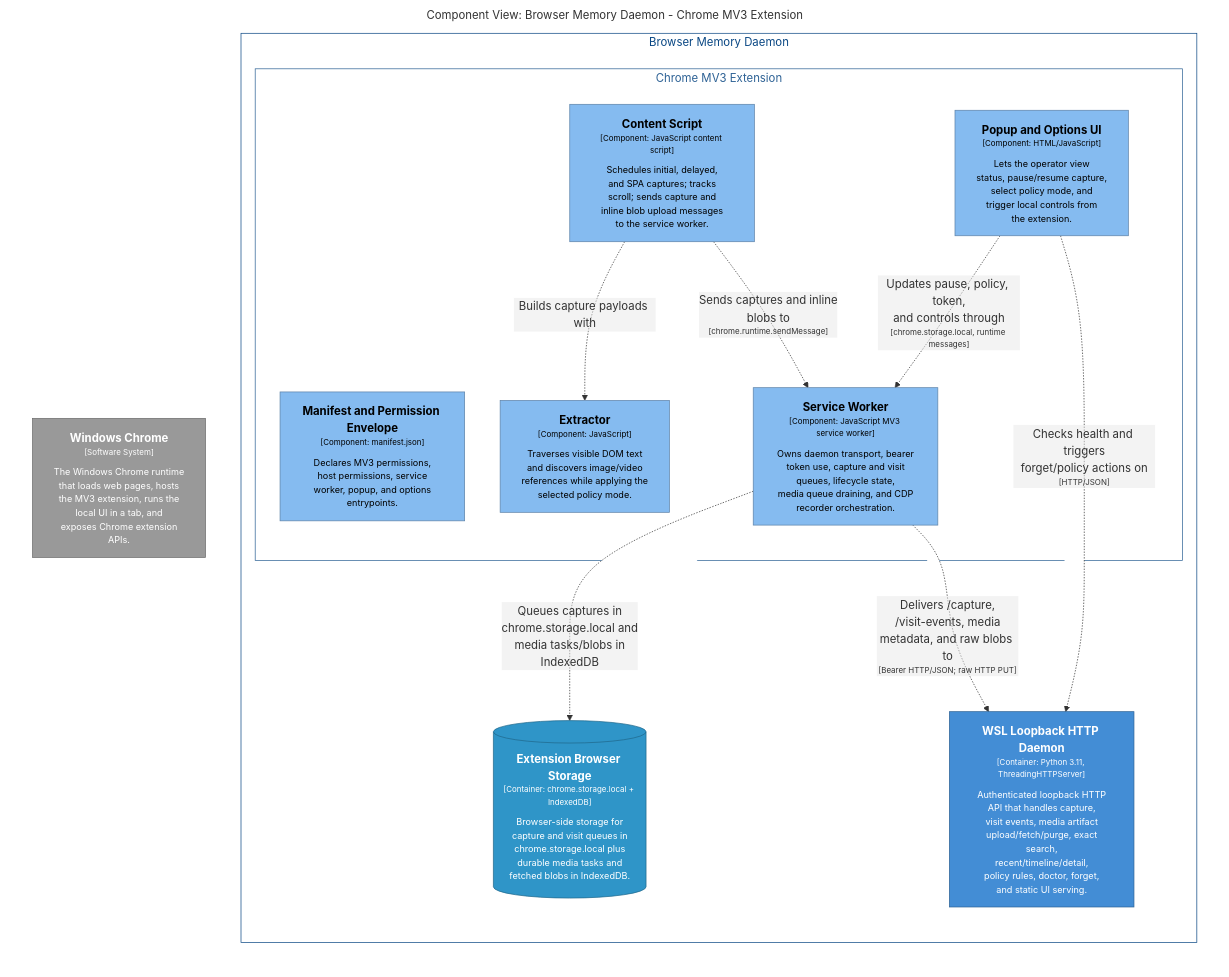
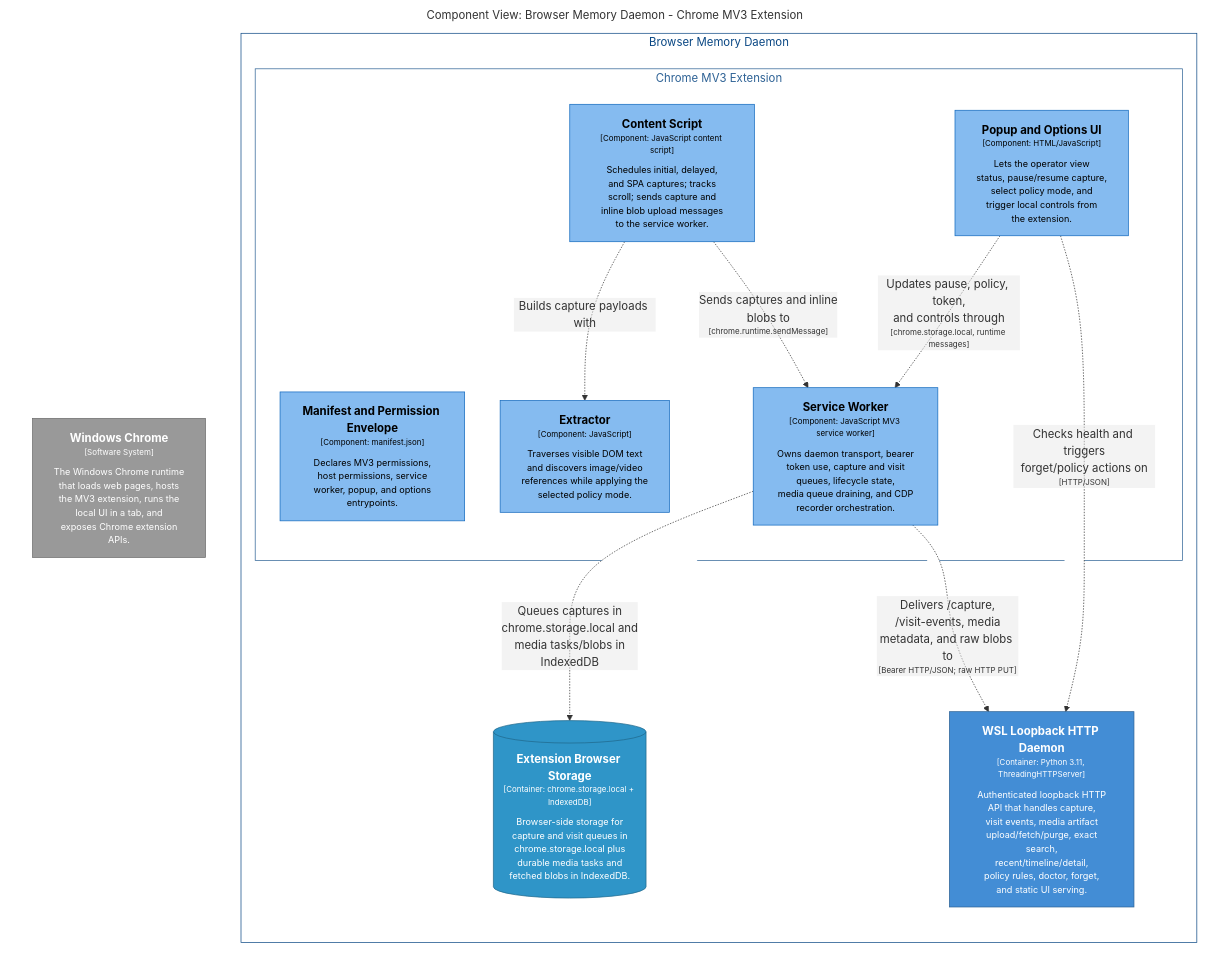
The diagram in docs/architecture/diagrams/markdown/ExtensionCaptureComponents.md (michaelnicks0/browser-memory-daemon), drawn with Mermaid before and after one commit. The commit also changed 110 other files, not shown here.

````diff
--- a/docs/architecture/diagrams/markdown/ExtensionCaptureComponents.md
+++ b/docs/architecture/diagrams/markdown/ExtensionCaptureComponents.md
@@ -16,43 +16,43 @@
 ```mermaid
 graph LR
   linkStyle default fill:#ffffff
 
   subgraph diagram ["Component View: Browser Memory Daemon - Chrome MV3 Extension"]
     style diagram fill:#ffffff,stroke:#ffffff
 
     2["<div style='font-weight: bold'>Windows Chrome</div><div style='font-size: 70%; margin-top: 0px'>[Software System]</div><div style='font-size: 80%; margin-top:10px'>The Windows Chrome runtime<br />that loads web pages, hosts<br />the MV3 extension, runs the<br />local UI in a tab, and<br />exposes Chrome extension<br />APIs.</div>"]
     style 2 fill:#999999,stroke:#6b6b6b,color:#ffffff
 
     subgraph 4 ["Browser Memory Daemon"]
       style 4 fill:#ffffff,stroke:#0b4884,color:#0b4884
 
       subgraph 5 ["Chrome MV3 Extension"]
         style 5 fill:#ffffff,stroke:#2e6295,color:#2e6295
 
         12["<div style='font-weight: bold'>Popup and Options UI</div><div style='font-size: 70%; margin-top: 0px'>[Component: HTML/JavaScript]</div><div style='font-size: 80%; margin-top:10px'>Lets the operator view<br />status, pause/resume capture,<br />select policy mode, and<br />trigger local controls from<br />the extension.</div>"]
-        style 12 fill:#85bbf0,stroke:#5d82a8,color:#000000
+        style 12 fill:#85bbf0,stroke:#1168bd,color:#000000
         6["<div style='font-weight: bold'>Manifest and Permission Envelope</div><div style='font-size: 70%; margin-top: 0px'>[Component: manifest.json]</div><div style='font-size: 80%; margin-top:10px'>Declares MV3 permissions,<br />host permissions, service<br />worker, popup, and options<br />entrypoints.</div>"]
-        style 6 fill:#85bbf0,stroke:#5d82a8,color:#000000
+        style 6 fill:#85bbf0,stroke:#1168bd,color:#000000
         7["<div style='font-weight: bold'>Extractor</div><div style='font-size: 70%; margin-top: 0px'>[Component: JavaScript]</div><div style='font-size: 80%; margin-top:10px'>Traverses visible DOM text<br />and discovers image/video<br />references while applying the<br />selected policy mode.</div>"]
-        style 7 fill:#85bbf0,stroke:#5d82a8,color:#000000
+        style 7 fill:#85bbf0,stroke:#1168bd,color:#000000
         8["<div style='font-weight: bold'>Content Script</div><div style='font-size: 70%; margin-top: 0px'>[Component: JavaScript content script]</div><div style='font-size: 80%; margin-top:10px'>Schedules initial, delayed,<br />and SPA captures; tracks<br />scroll; sends capture and<br />inline blob upload messages<br />to the service worker.</div>"]
-        style 8 fill:#85bbf0,stroke:#5d82a8,color:#000000
+        style 8 fill:#85bbf0,stroke:#1168bd,color:#000000
         9["<div style='font-weight: bold'>Service Worker</div><div style='font-size: 70%; margin-top: 0px'>[Component: JavaScript MV3 service worker]</div><div style='font-size: 80%; margin-top:10px'>Owns daemon transport, bearer<br />token use, capture and visit<br />queues, lifecycle state,<br />media queue draining, and CDP<br />recorder orchestration.</div>"]
-        style 9 fill:#85bbf0,stroke:#5d82a8,color:#000000
+        style 9 fill:#85bbf0,stroke:#1168bd,color:#000000
       end
 
       13[("<div style='font-weight: bold'>Extension Browser Storage</div><div style='font-size: 70%; margin-top: 0px'>[Container: chrome.storage.local + IndexedDB]</div><div style='font-size: 80%; margin-top:10px'>Browser-side storage for<br />capture and visit queues in<br />chrome.storage.local plus<br />durable media tasks and<br />fetched blobs in IndexedDB.</div>")]
       style 13 fill:#2f95c8,stroke:#20688c,color:#ffffff
       14["<div style='font-weight: bold'>WSL Loopback HTTP Daemon</div><div style='font-size: 70%; margin-top: 0px'>[Container: Python 3.11, ThreadingHTTPServer]</div><div style='font-size: 80%; margin-top:10px'>Authenticated loopback HTTP<br />API that handles capture,<br />visit events, media artifact<br />upload/fetch/purge, exact<br />search,<br />recent/timeline/detail,<br />policy rules, doctor, forget,<br />and static UI serving.</div>"]
       style 14 fill:#438dd5,stroke:#2e6295,color:#ffffff
     end
 
     8-. "<div>Builds capture payloads with</div><div style='font-size: 70%'></div>" .->7
     8-. "<div>Sends captures and inline<br />blobs to</div><div style='font-size: 70%'>[chrome.runtime.sendMessage]</div>" .->9
     9-. "<div>Queues captures in<br />chrome.storage.local and<br />media tasks/blobs in<br />IndexedDB</div><div style='font-size: 70%'></div>" .->13
     9-. "<div>Delivers /capture,<br />/visit-events, media<br />metadata, and raw blobs to</div><div style='font-size: 70%'>[Bearer HTTP/JSON; raw HTTP PUT]</div>" .->14
     12-. "<div>Updates pause, policy, token,<br />and controls through</div><div style='font-size: 70%'>[chrome.storage.local, runtime messages]</div>" .->9
     12-. "<div>Checks health and triggers<br />forget/policy actions on</div><div style='font-size: 70%'>[HTTP/JSON]</div>" .->14
 
   end
 ```
````
